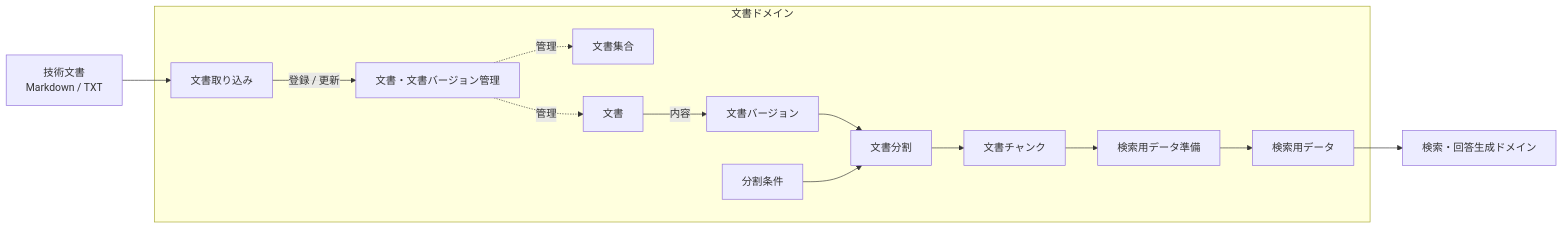
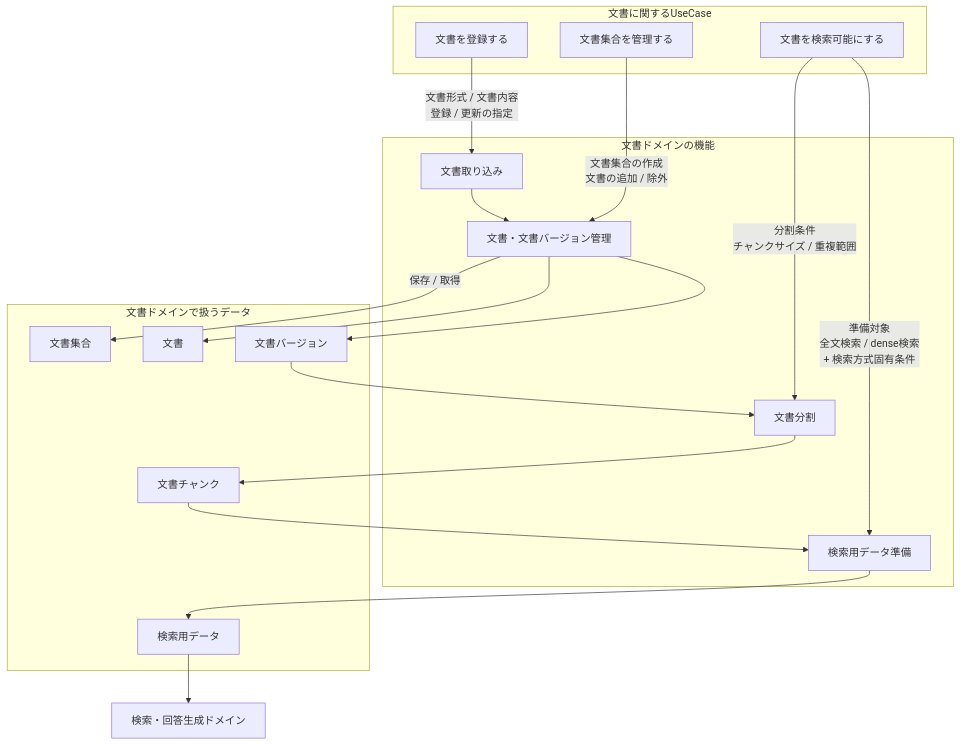
One commit to takashit16833/RAGScope changed the diagram in project-docs/design/domains/documents/README.md. Above: the diagram before and after it, drawn with Mermaid. The commit also changed other lines of this file, not shown here.

Commit message:
docs: show document use case inputs

````diff
--- a/project-docs/design/domains/documents/README.md
+++ b/project-docs/design/domains/documents/README.md
@@ -9,30 +9,41 @@
 ```mermaid
-flowchart LR
-    Source["技術文書<br>Markdown / TXT"]
+flowchart TB
+    subgraph UseCases["文書に関するUseCase"]
+        RegisterUC["文書を登録する"]
+        CollectionUC["文書集合を管理する"]
+        SearchableUC["文書を検索可能にする"]
+    end
 
-    subgraph Documents["文書ドメイン"]
+    subgraph Functions["文書ドメインの機能"]
         Ingest["文書取り込み"]
         Manage["文書・文書バージョン管理"]
+        Split["文書分割"]
+        Prepare["検索用データ準備"]
+    end
+
+    subgraph Data["文書ドメインで扱うデータ"]
         Collection["文書集合"]
         Document["文書"]
         Version["文書バージョン"]
-        Condition["分割条件"]
-        Split["文書分割"]
         Chunk["文書チャンク"]
-        Prepare["検索用データ準備"]
         SearchData["検索用データ"]
-
-        Ingest -->|"登録 / 更新"| Manage
-        Manage -.->|"管理"| Collection
-        Manage -.->|"管理"| Document
-        Document -->|"内容"| Version
-        Version --> Split
-        Condition --> Split
-        Split --> Chunk
-        Chunk --> Prepare
-        Prepare --> SearchData
     end
 
-    Source --> Ingest
+    RegisterUC -->|"文書形式 / 文書内容<br>登録 / 更新の指定"| Ingest
+    Ingest --> Manage
+    Manage --> Document
+    Manage --> Version
+
+    CollectionUC -->|"文書集合の作成<br>文書の追加 / 除外"| Manage
+    Manage -->|"保存 / 取得"| Collection
+
+    Version --> Split
+    SearchableUC -->|"分割条件<br>チャンクサイズ / 重複範囲"| Split
+    Split --> Chunk
+
+    Chunk --> Prepare
+    SearchableUC -->|"準備対象<br>全文検索 / dense検索<br>+ 検索方式固有条件"| Prepare
+    Prepare --> SearchData
+
     SearchData --> Retrieval["検索・回答生成ドメイン"]
 ```
````
